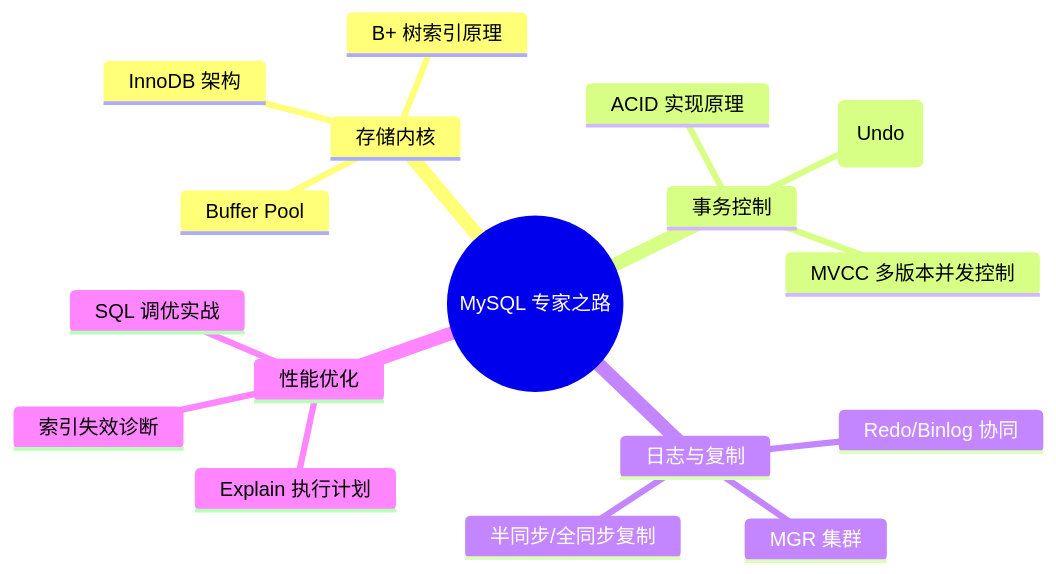
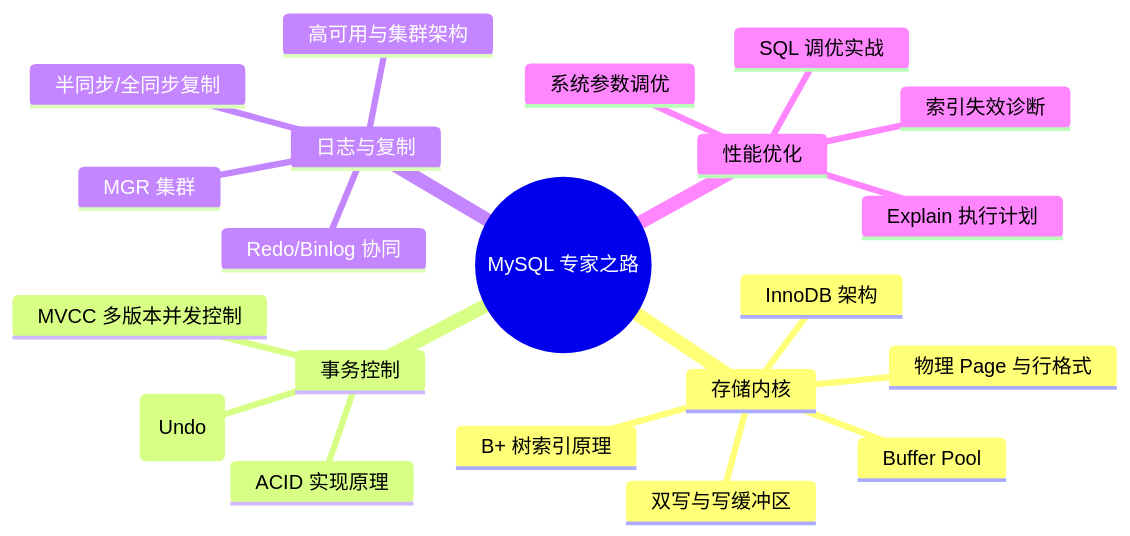
Before and after one commit to Aiden-Coding/AiDocs: the diagram in docs/database/mysql/0-readme.md, drawn with Mermaid. The commit also changed other lines of this file and 7 other files, not shown here.

````diff
--- a/docs/database/mysql/0-readme.md
+++ b/docs/database/mysql/0-readme.md
@@ -17,20 +17,24 @@
 ```mermaid
 mindmap
   root((MySQL 专家之路))
     存储内核
       InnoDB 架构
       B+ 树索引原理
       Buffer Pool
+      物理 Page 与行格式
+      双写与写缓冲区
     事务控制
       ACID 实现原理
       MVCC 多版本并发控制
       回滚日志 (Undo)
     日志与复制
       Redo/Binlog 协同
       半同步/全同步复制
       MGR 集群
+      高可用与集群架构
     性能优化
       Explain 执行计划
       索引失效诊断
       SQL 调优实战
+      系统参数调优
 ```
````
